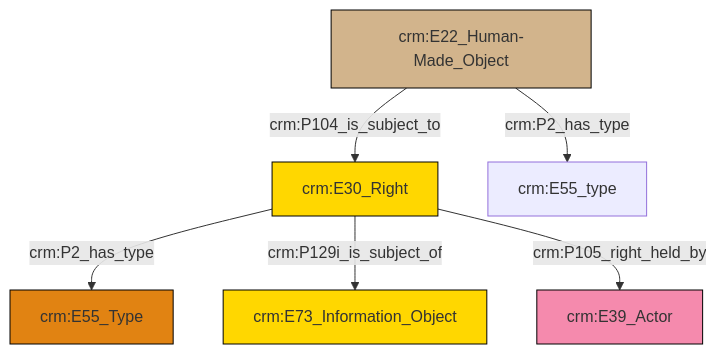
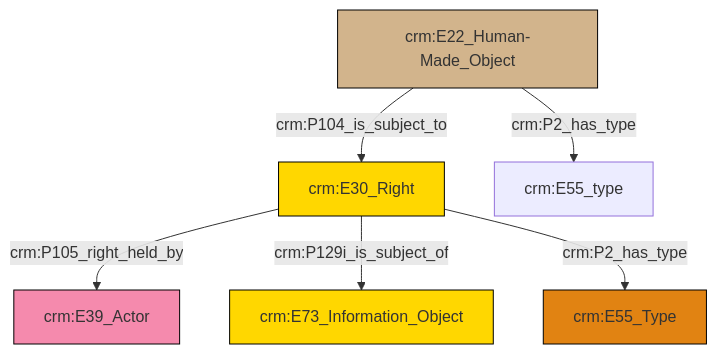
Before and after one commit to swiss-art-research-net/reference-data-models: the diagram in et/builtWorkCSV/ttl/mmd/Built_Work_rights.ttl.mmd, drawn with Mermaid. The commit also changed 129 other files, not shown here.

```diff
--- a/et/builtWorkCSV/ttl/mmd/Built_Work_rights.ttl.mmd
+++ b/et/builtWorkCSV/ttl/mmd/Built_Work_rights.ttl.mmd
@@ -1,20 +1,20 @@
 graph TD
 classDef Literal fill:#f2f2f2,stroke:#000000;
 classDef CRM_Entity fill:#FFFFFF,stroke:#000000;
 classDef Temporal_Entity fill:#00C9E6, stroke:#000000;
 classDef Type fill:#E18312, stroke:#000000;
 classDef Time-Span fill:#2C9C91, stroke:#000000;
 classDef Appellation fill:#FFEB7F, stroke:#000000;
 classDef Place fill:#008836, stroke:#000000;
 classDef Persistent_Item fill:#B266B2, stroke:#000000;
 classDef Conceptual_Object fill:#FFD700, stroke:#000000;
 classDef Physical_Thing fill:#D2B48C, stroke:#000000;
 classDef Actor fill:#f58aad, stroke:#000000;
 classDef PC_Classes fill:#4ce600, stroke:#000000;
 classDef Multi fill:#cccccc,stroke:#000000;
 
-0["crm:E30_Right"]:::Conceptual_Object -->|crm:P2_has_type| 1["crm:E55_Type"]:::Type
-0["crm:E30_Right"]:::Conceptual_Object -->|crm:P129i_is_subject_of| 3["crm:E73_Information_Object"]:::Conceptual_Object
-4["crm:E22_Human-Made_Object"]:::Physical_Thing -->|crm:P2_has_type| 5["crm:E55_type"]:::Default
-0["crm:E30_Right"]:::Conceptual_Object -->|crm:P105_right_held_by| 7["crm:E39_Actor"]:::Actor
-4["crm:E22_Human-Made_Object"]:::Physical_Thing -->|crm:P104_is_subject_to| 0["crm:E30_Right"]:::Conceptual_Object
+0["crm:E30_Right"]:::Conceptual_Object -->|crm:P105_right_held_by| 1["crm:E39_Actor"]:::Actor
+0["crm:E30_Right"]:::Conceptual_Object -->|crm:P129i_is_subject_of| 2["crm:E73_Information_Object"]:::Conceptual_Object
+5["crm:E22_Human-Made_Object"]:::Physical_Thing -->|crm:P104_is_subject_to| 0["crm:E30_Right"]:::Conceptual_Object
+0["crm:E30_Right"]:::Conceptual_Object -->|crm:P2_has_type| 9["crm:E55_Type"]:::Type
+5["crm:E22_Human-Made_Object"]:::Physical_Thing -->|crm:P2_has_type| 7["crm:E55_type"]:::Default
```
